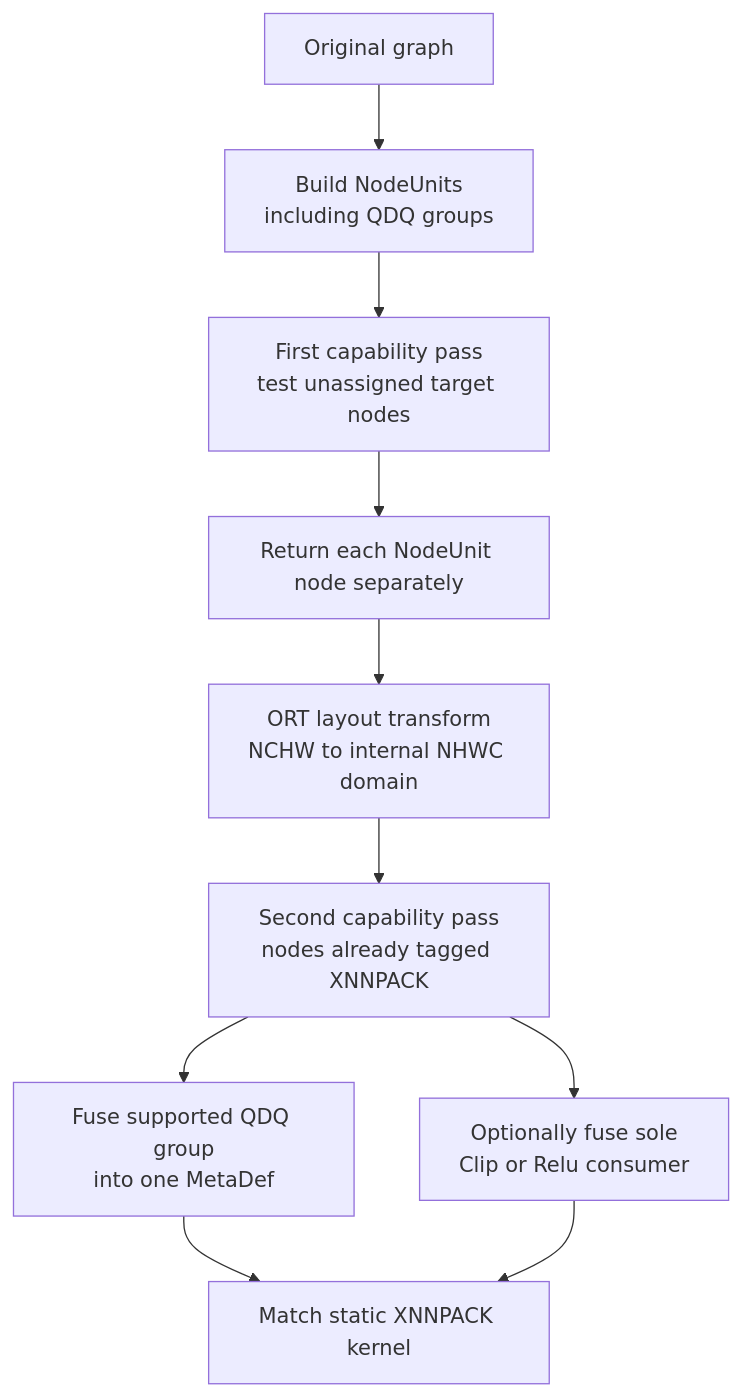
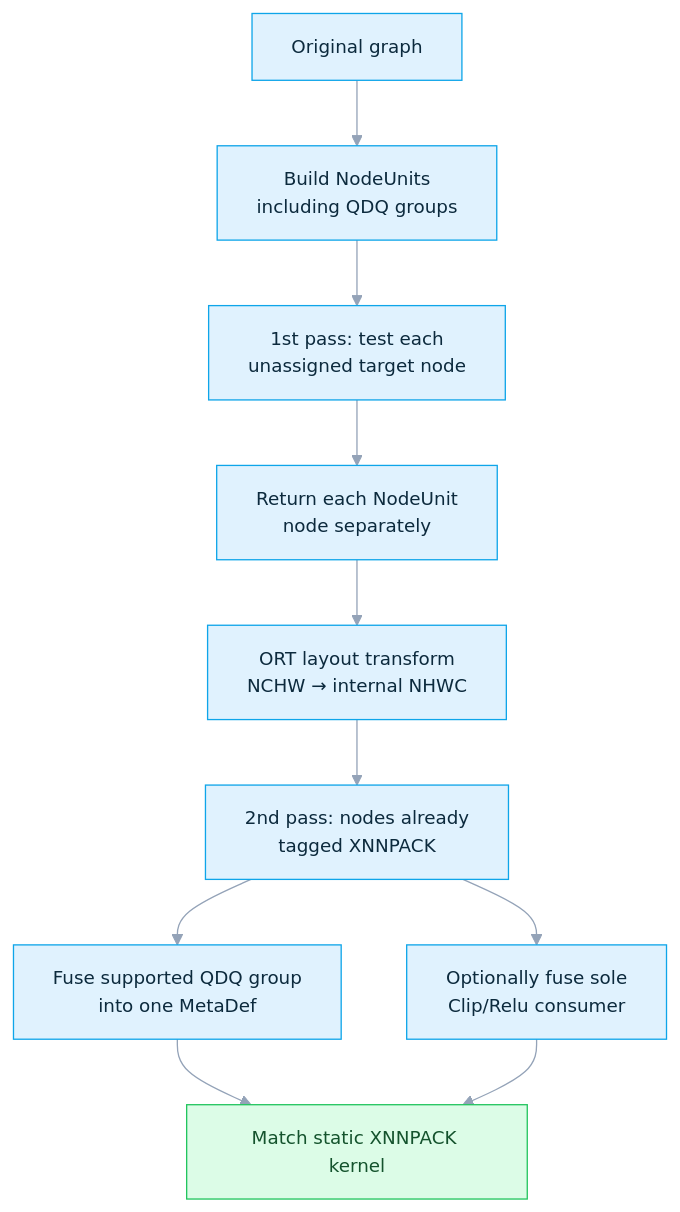
One commit to DakeQQ/Tutorial-ONNX-Runtime-Execution-Providers changed the sixth of 11 diagrams in XNNPACK/README.md. Above: the diagram before and after it, drawn with Mermaid. The commit also changed other lines of this file and 15 other files, not shown here.

````diff
--- a/XNNPACK/README.md
+++ b/XNNPACK/README.md
@@ -279,12 +333,17 @@
 ```mermaid
+%%{init: {"theme":"base","themeVariables":{"fontSize":"14px","lineColor":"#94a3b8","edgeLabelBackground":"#e2e8f0","primaryTextColor":"#1e293b"}}}%%
 flowchart TD
     G["Original graph"] --> U["Build NodeUnits<br/>including QDQ groups"]
-    U --> P1["First capability pass<br/>test unassigned target nodes"]
-    P1 --> EACH["Return each NodeUnit node separately"]
-    EACH --> LT["ORT layout transform<br/>NCHW to internal NHWC domain"]
-    LT --> P2["Second capability pass<br/>nodes already tagged XNNPACK"]
+    U --> P1["1st pass: test each<br/>unassigned target node"]
+    P1 --> EACH["Return each NodeUnit<br/>node separately"]
+    EACH --> LT["ORT layout transform<br/>NCHW → internal NHWC"]
+    LT --> P2["2nd pass: nodes already<br/>tagged XNNPACK"]
     P2 --> QDQ["Fuse supported QDQ group<br/>into one MetaDef"]
-    P2 --> ACT["Optionally fuse sole<br/>Clip or Relu consumer"]
+    P2 --> ACT["Optionally fuse sole<br/>Clip/Relu consumer"]
     QDQ --> K["Match static XNNPACK kernel"]
     ACT --> K
+    classDef step fill:#e0f2fe,stroke:#0ea5e9,color:#0c2a3d;
+    classDef good fill:#dcfce7,stroke:#22c55e,color:#14532d;
+    class G,U,P1,EACH,LT,P2,QDQ,ACT step;
+    class K good;
 ```
````
